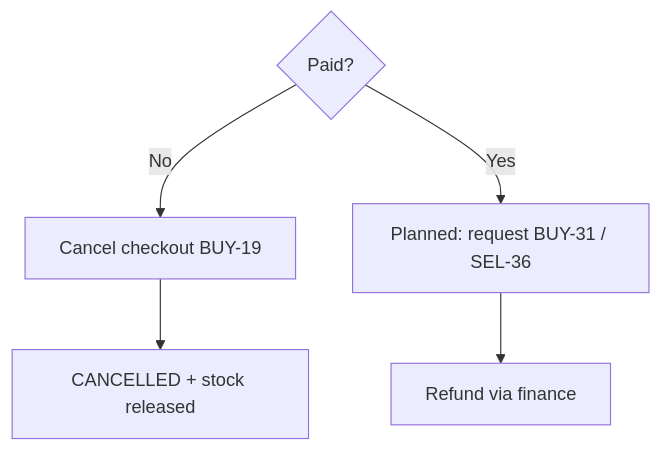
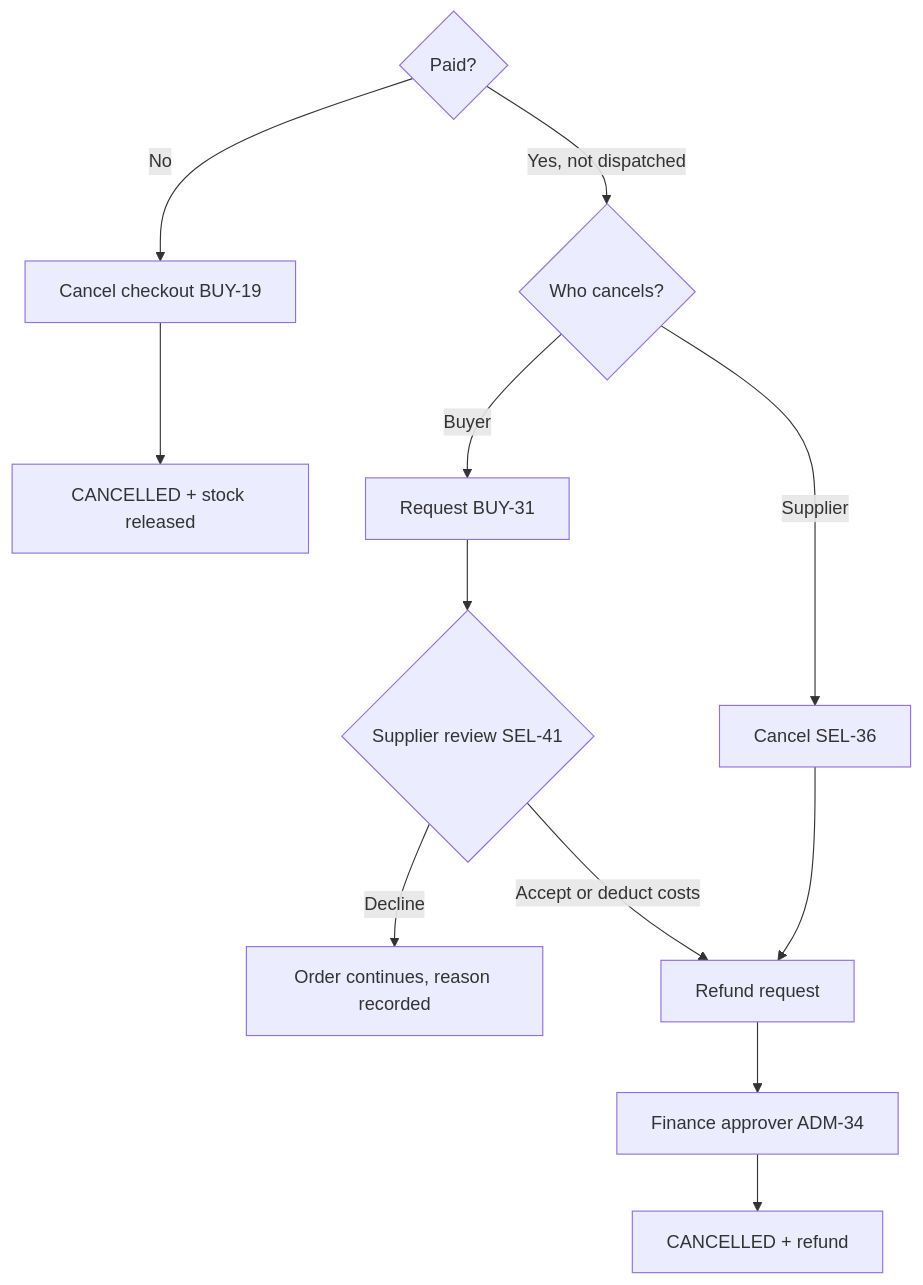
Before and after one commit to Elevationaddi/uae-b2b-marketplace: diagram 23 of 33 in docs/ux-ui/05-user-journeys.md, drawn with Mermaid. The commit also changed other lines of this file and 28 other files, not shown here.

````diff
--- a/docs/ux-ui/05-user-journeys.md
+++ b/docs/ux-ui/05-user-journeys.md
@@ -776,5 +790,10 @@
 ```mermaid
 flowchart TD
 A{Paid?} -->|No| B[Cancel checkout BUY-19] --> C[CANCELLED + stock released]
-A -->|Yes| D[Planned: request BUY-31 / SEL-36] --> E[Refund via finance]
+A -->|Yes, not dispatched| D{Who cancels?}
+D -->|Buyer| E[Request BUY-31] --> F{Supplier review SEL-41}
+F -->|Decline| G[Order continues, reason recorded]
+F -->|Accept or deduct costs| H[Refund request]
+D -->|Supplier| I[Cancel SEL-36] --> H
+H --> J[Finance approver ADM-34] --> K[CANCELLED + refund]
 ```
````
